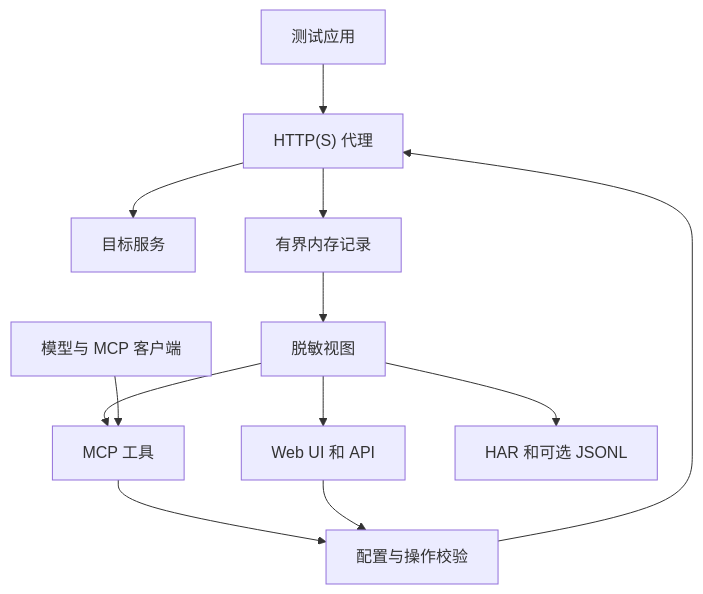
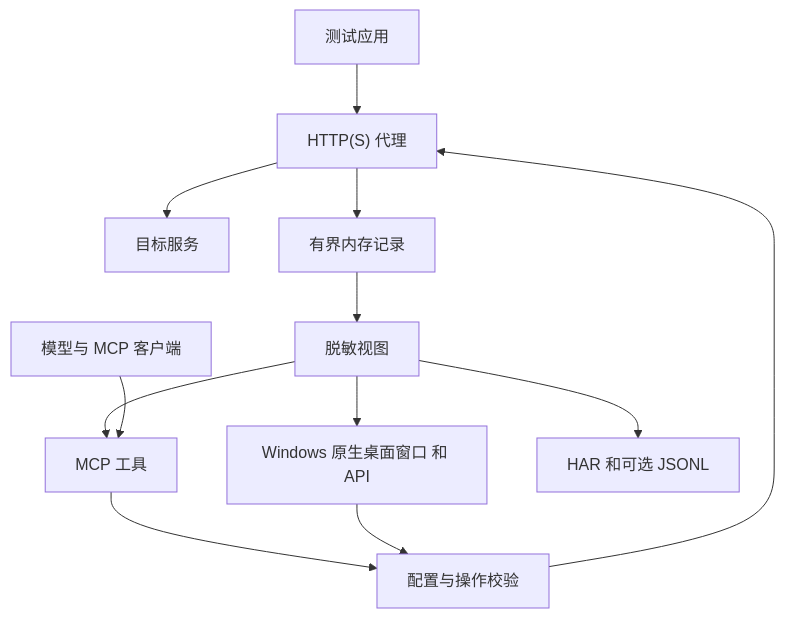
One commit to EricHongXDD/NetLens-Go-MCP changed the first of 2 diagrams in docs/architecture.md. Above: the diagram before and after it, drawn with Mermaid. The commit also changed other lines of this file and 30 other files, not shown here.

Commit message:
Replace Web UI with native Windows desktop and installer verification

````diff
--- a/docs/architecture.md
+++ b/docs/architecture.md
@@ -11,14 +11,14 @@
 ```mermaid
 flowchart TD
     Client["测试应用"] --> Proxy["HTTP(S) 代理"]
     Proxy --> Upstream["目标服务"]
     Proxy --> Store["有界内存记录"]
     Store --> View["脱敏视图"]
     View --> MCP["MCP 工具"]
-    View --> UI["Web UI 和 API"]
+    View --> UI["Windows 原生桌面窗口 和 API"]
     View --> Export["HAR 和可选 JSONL"]
     Model["模型与 MCP 客户端"] --> MCP
     MCP --> Control["配置与操作校验"]
     UI --> Control
     Control --> Proxy
 ```
````
